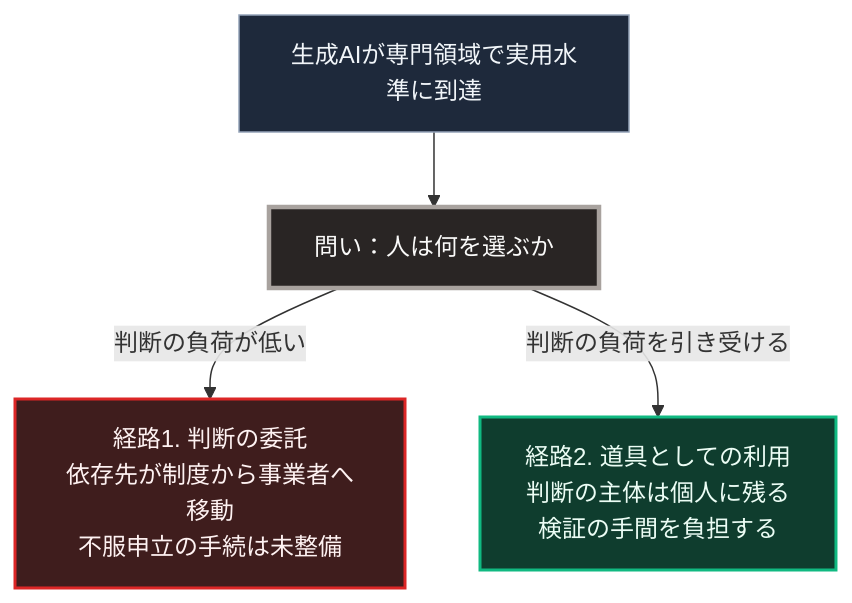
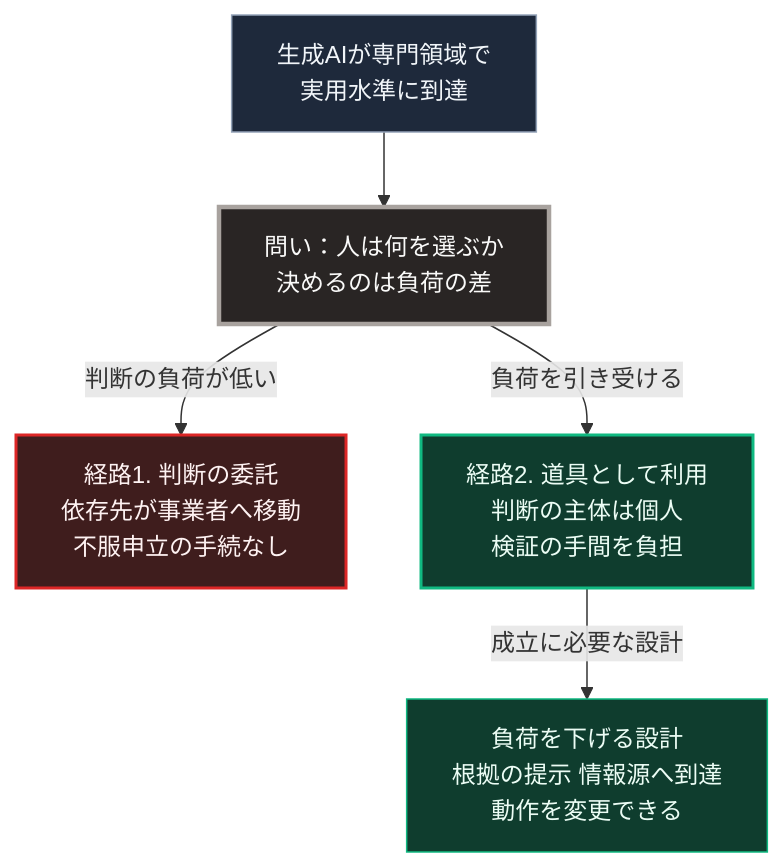
Before and after one commit to Takenori-Kusaka/zenn-content: the diagram in books/sovereign-resilience-blueprint/risk-ai-and-dependency.md, drawn with Mermaid. The commit also changed other lines of this file and 114 other files, not shown here.

````diff
--- a/books/sovereign-resilience-blueprint/risk-ai-and-dependency.md
+++ b/books/sovereign-resilience-blueprint/risk-ai-and-dependency.md
@@ -65,13 +65,14 @@
 ```mermaid
 flowchart TD
-    T[生成AIが専門領域で実用水準に到達]
-    T --> Q[問い：人は何を選ぶか]
-
-    Q -->|判断の負荷が低い| P1[経路1. 判断の委託<br>依存先が制度から事業者へ移動<br>不服申立の手続は未整備]
-    Q -->|判断の負荷を引き受ける| P2[経路2. 道具としての利用<br>判断の主体は個人に残る<br>検証の手間を負担する]
+    T[生成AIが専門領域で<br>実用水準に到達]
+    T --> Q[問い：人は何を選ぶか<br>決めるのは負荷の差]
+    Q -->|判断の負荷が低い| P1[経路1. 判断の委託<br>依存先が事業者へ移動<br>不服申立の手続なし]
+    Q -->|負荷を引き受ける| P2[経路2. 道具として利用<br>判断の主体は個人<br>検証の手間を負担]
+    P2 -->|成立に必要な設計| D[負荷を下げる設計<br>根拠の提示 情報源へ到達<br>動作を変更できる]
 
     style T fill:#1e293b,stroke:#94a3b8,color:#f1f5f9
     style Q fill:#292524,stroke:#a8a29e,stroke-width:3px,color:#fafaf9
     style P1 fill:#3f1d1d,stroke:#dc2626,stroke-width:2px,color:#fef2f2
     style P2 fill:#0f3d2e,stroke:#10b981,stroke-width:2px,color:#ecfdf5
+    style D fill:#0f3d2e,stroke:#10b981,color:#ecfdf5
 ```
````
